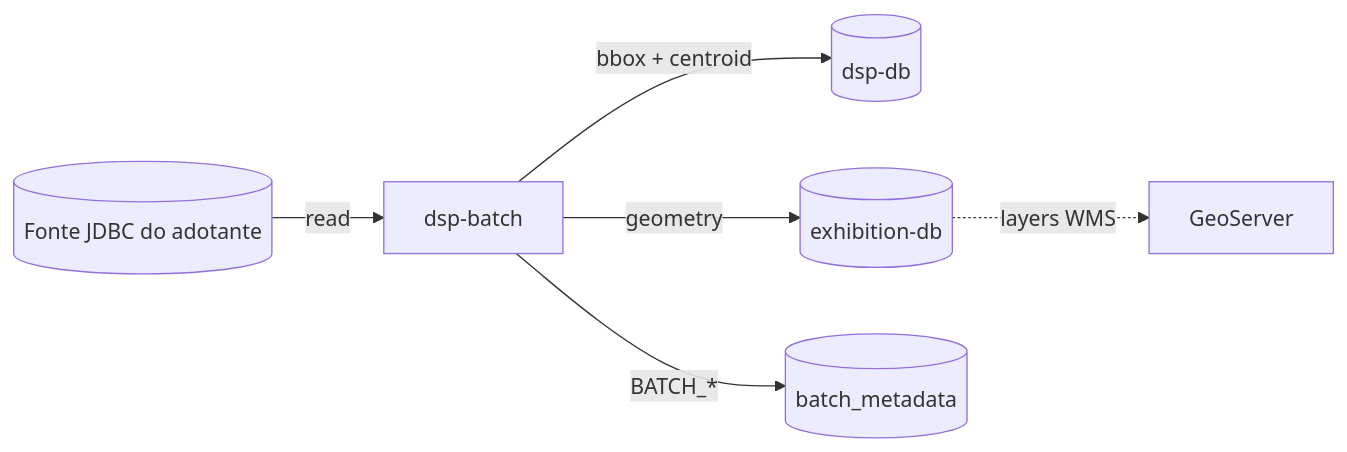
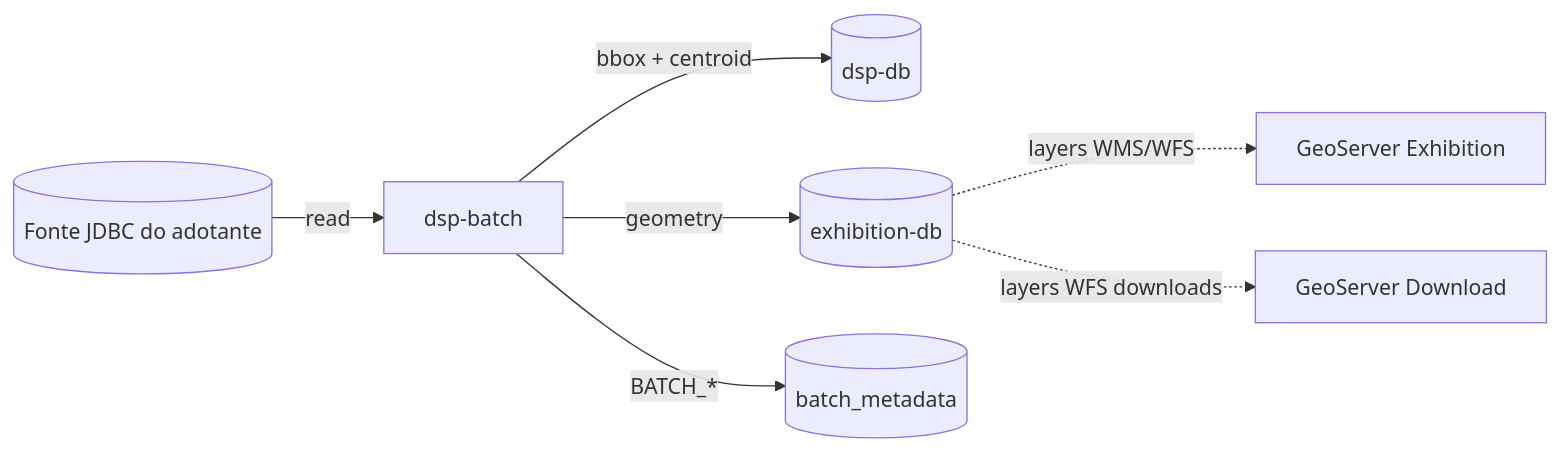
One commit to kleber-albino/rer-dsp-docs changed the first of 2 diagrams in docs/modules/job-data-migration/overview.md. Above: the diagram before and after it, drawn with Mermaid. The commit also changed other lines of this file and 12 other files, not shown here.

First line of the commit message:
docs: update for dual GeoServer setup (Exhibition & Download)

````diff
--- a/docs/modules/job-data-migration/overview.md
+++ b/docs/modules/job-data-migration/overview.md
@@ -23,8 +23,9 @@
 ```mermaid
 flowchart LR
   src[(Fonte JDBC do adotante)] -->|read| app[dsp-batch]
   app -->|"bbox + centroid"| tgt[(dsp-db)]
   app -->|geometry| geo[(exhibition-db)]
   app -->|"BATCH_*"| meta[(batch_metadata)]
-  geo -.->|layers WMS| gs[GeoServer]
+  geo -.->|layers WMS/WFS| gsEx[GeoServer Exhibition]
+  geo -.->|layers WFS downloads| gsDl[GeoServer Download]
 ```
````
